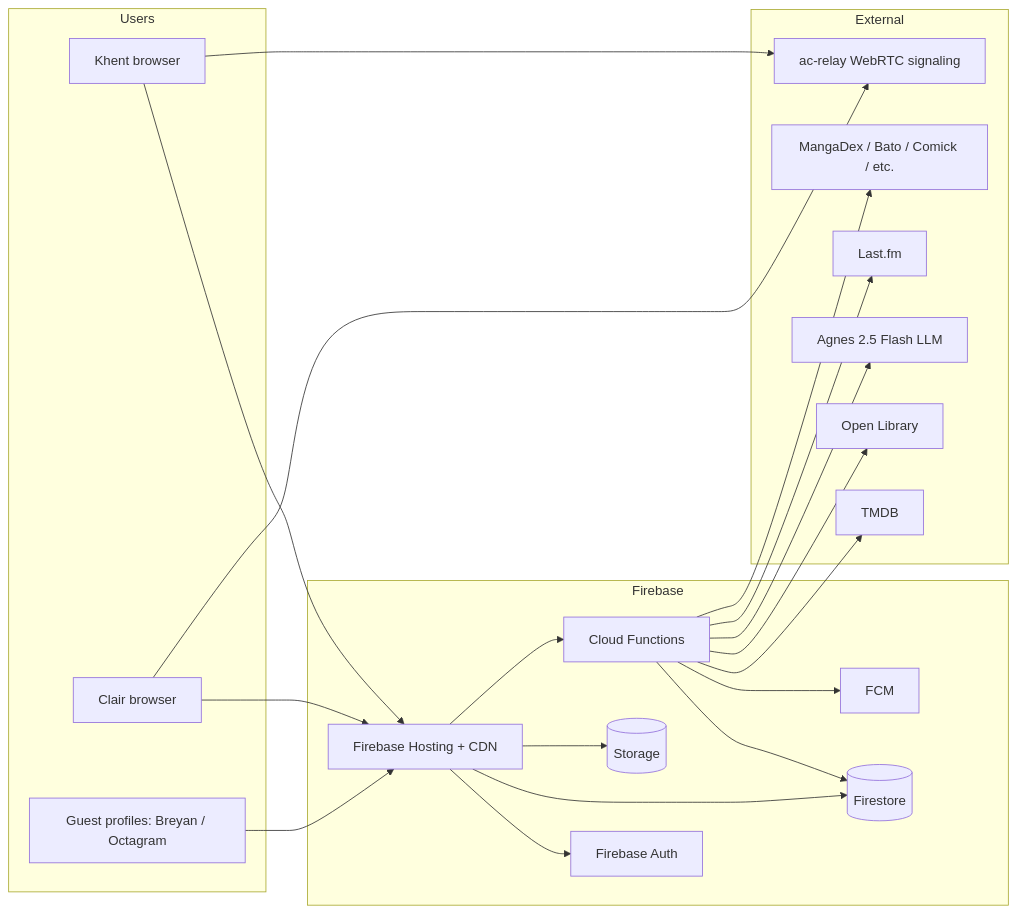
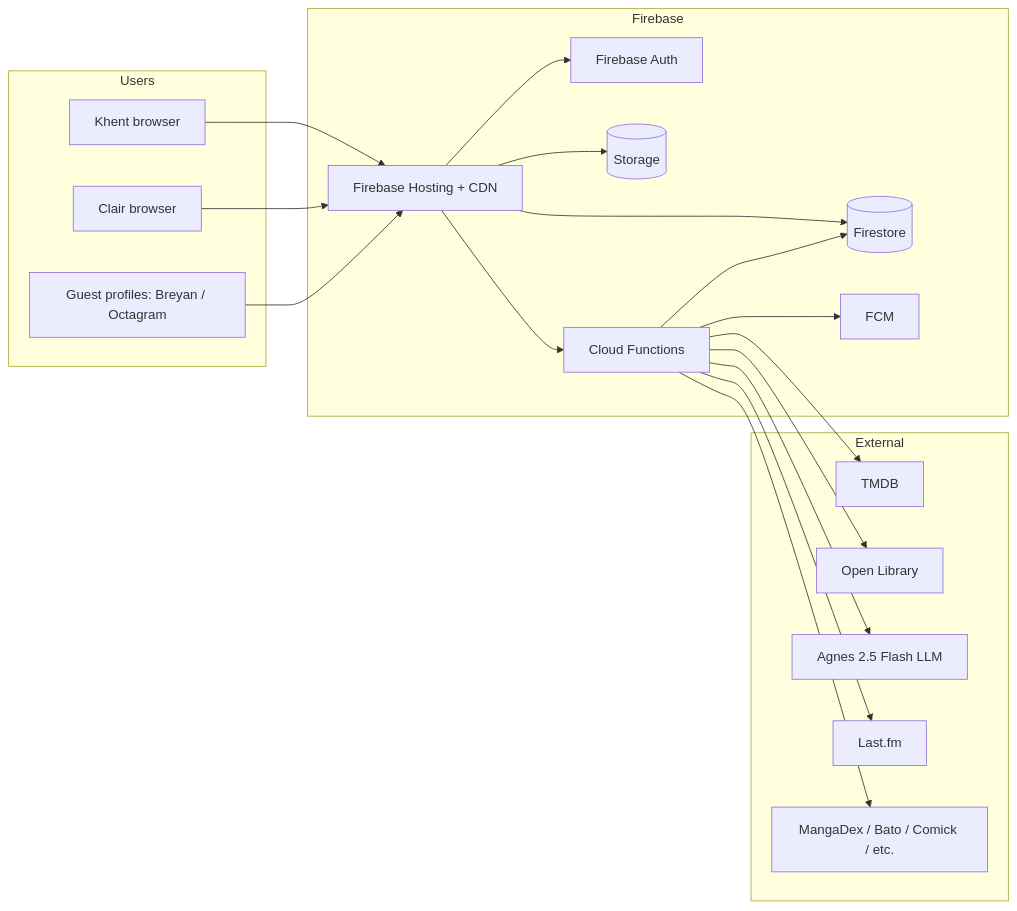
The first of 7 diagrams in docs/ARCHITECTURE.md (khentmoba/Everglow), drawn with Mermaid before and after one commit. The commit also changed other lines of this file and 13 other files, not shown here.

````diff
--- a/docs/ARCHITECTURE.md
+++ b/docs/ARCHITECTURE.md
@@ -32,43 +32,40 @@
 ```mermaid
 flowchart LR
   subgraph Users
     K[Khent browser]
     C[Clair browser]
     G[Guest profiles: Breyan / Octagram]
   end
 
   subgraph Firebase
     H[Firebase Hosting + CDN]
     A[Firebase Auth]
     F[(Firestore)]
     S[(Storage)]
     FN[Cloud Functions]
     M[FCM]
   end
 
   subgraph External
     TMDB[TMDB]
     OL[Open Library]
     AGNES[Agnes 2.5 Flash LLM]
     LF[Last.fm]
     MD[MangaDex / Bato / Comick / etc.]
-    REL[ac-relay WebRTC signaling]
   end
 
   K --> H
   C --> H
   G --> H
   H --> A
   H --> F
   H --> S
   H --> FN
   FN --> F
   FN --> M
   FN --> TMDB
   FN --> OL
   FN --> AGNES
   FN --> LF
   FN --> MD
-  K --> REL
-  C --> REL
 ```
````
